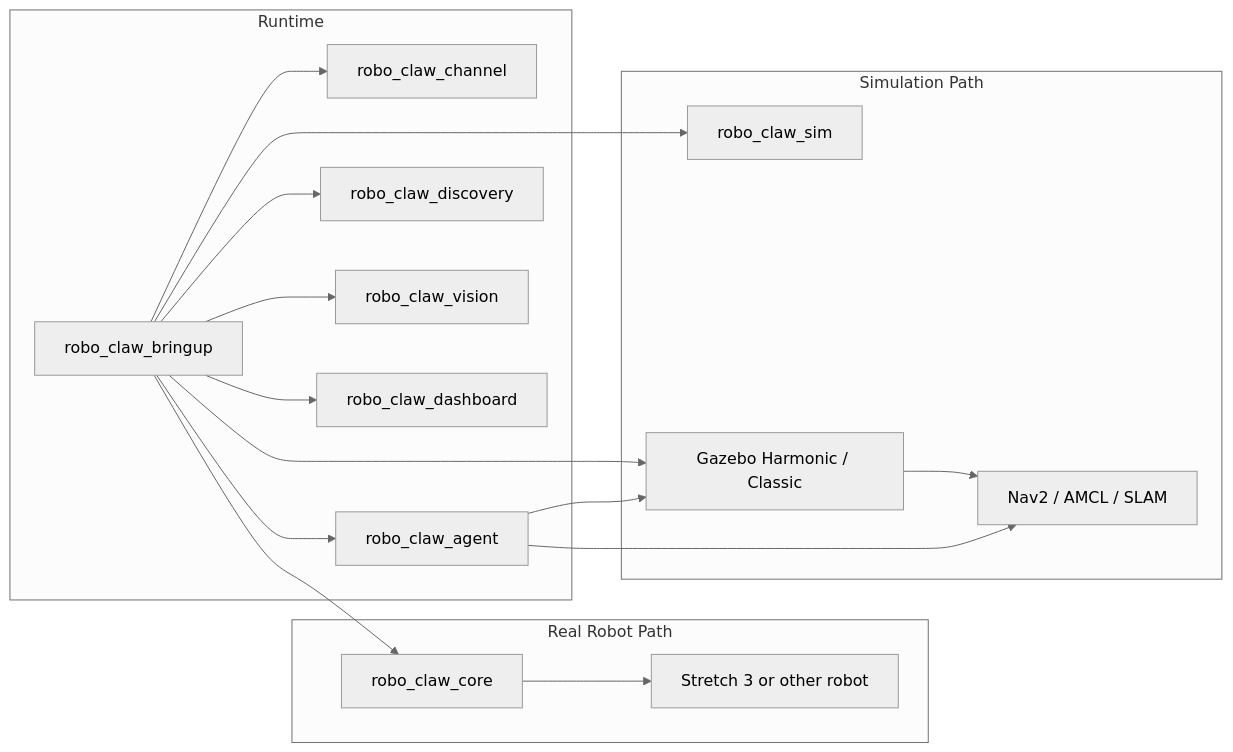
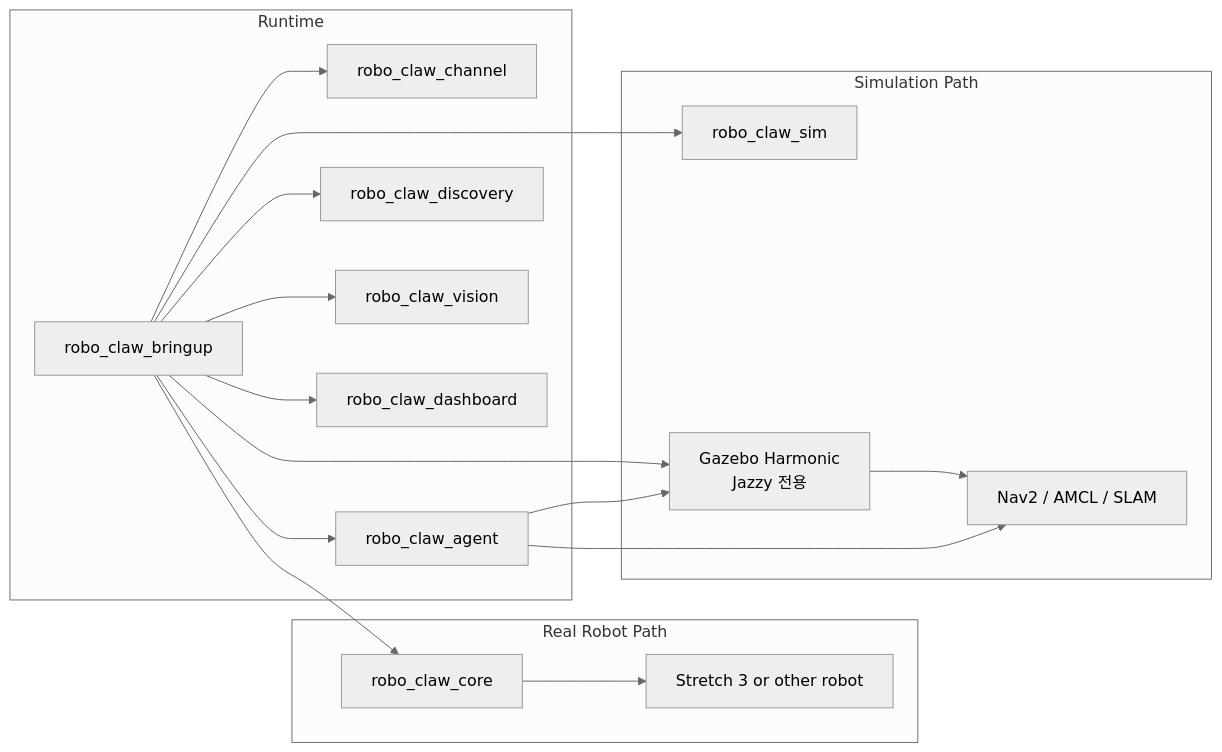
Before and after one commit to Open-Edge-Robotics/A.RobotAI-Robot-RoboClaw: the second of 2 diagrams in docs/opencode/architecture.md, drawn with Mermaid (neutral theme). The commit also changed 25 other files, not shown here.

First line of the commit message:
refactor(sim): Humble(Gazebo Classic) 시뮬레이션 지원 제거

````diff
--- a/docs/opencode/architecture.md
+++ b/docs/opencode/architecture.md
@@ -44,35 +44,35 @@
 ```mermaid
 graph LR
     subgraph Runtime
         BR[robo_claw_bringup]
         CH[robo_claw_channel]
         AG[robo_claw_agent]
         DISC[robo_claw_discovery]
         VISION[robo_claw_vision]
         DASH[robo_claw_dashboard]
     end
 
     subgraph Real Robot Path
         CORE[robo_claw_core]
         HW[Stretch 3 or other robot]
     end
 
     subgraph Simulation Path
         STUB[robo_claw_sim]
-        GZ[Gazebo Harmonic / Classic]
+        GZ[Gazebo Harmonic<br/>Jazzy 전용]
         NAV2[Nav2 / AMCL / SLAM]
     end
 
     BR --> CH
     BR --> AG
     BR --> DISC
     BR --> CORE
     BR --> VISION
     BR --> DASH
     BR --> STUB
     BR --> GZ
     GZ --> NAV2
     CORE --> HW
     AG --> NAV2
     AG --> GZ
 ```
````
